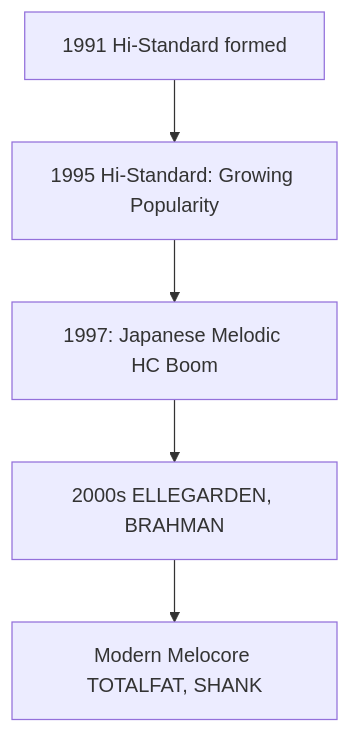
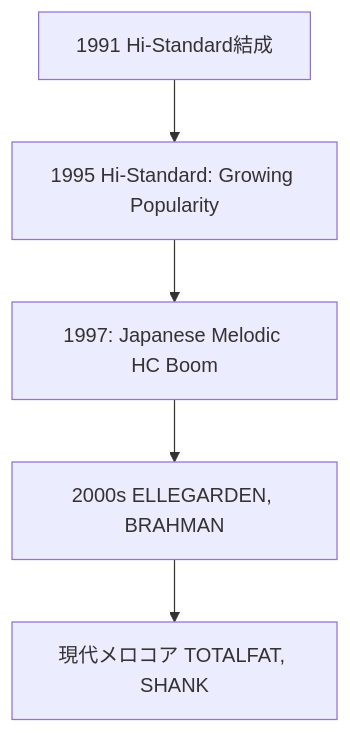
The second of 3 diagrams in en/_posts/2025-11-27-column-melodic-hardcore-japan-us.md (monumental-movement/monumental-movement.github.io), drawn with Mermaid before and after one commit. The commit also changed other lines of this file and 2196 other files, not shown here.

```diff
--- a/en/_posts/2025-11-27-column-melodic-hardcore-japan-us.md
+++ b/en/_posts/2025-11-27-column-melodic-hardcore-japan-us.md
@@ -128,7 +128,7 @@
 <div class="mermaid">
 flowchart TD
-    A[1991 Hi-Standard formed] --> B[1995 Hi-Standard: Growing Popularity]
+    A[1991 Hi-Standard結成] --> B[1995 Hi-Standard: Growing Popularity]
     B --> C[1997: Japanese Melodic HC Boom]
     C --> D[2000s ELLEGARDEN, BRAHMAN]
-    D --> E[Modern Melocore TOTALFAT, SHANK]
+    D --> E[現代メロコア TOTALFAT, SHANK]
 </div>
```
